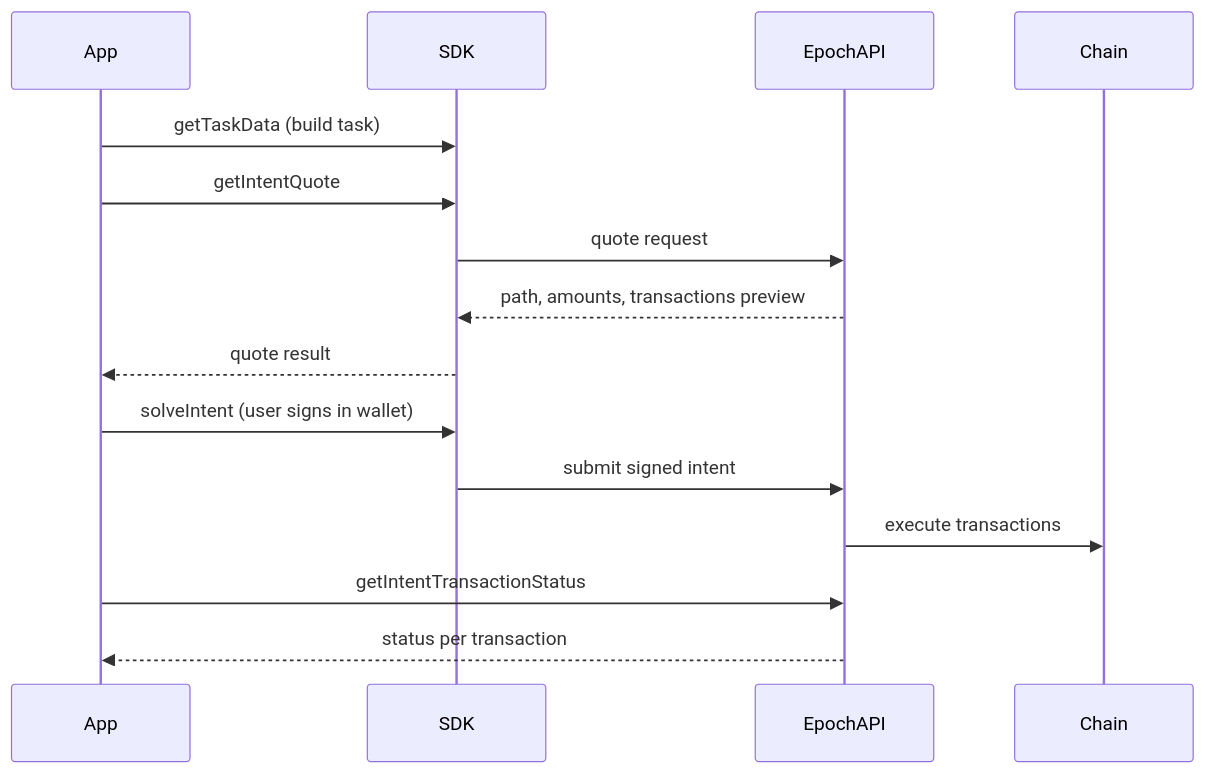
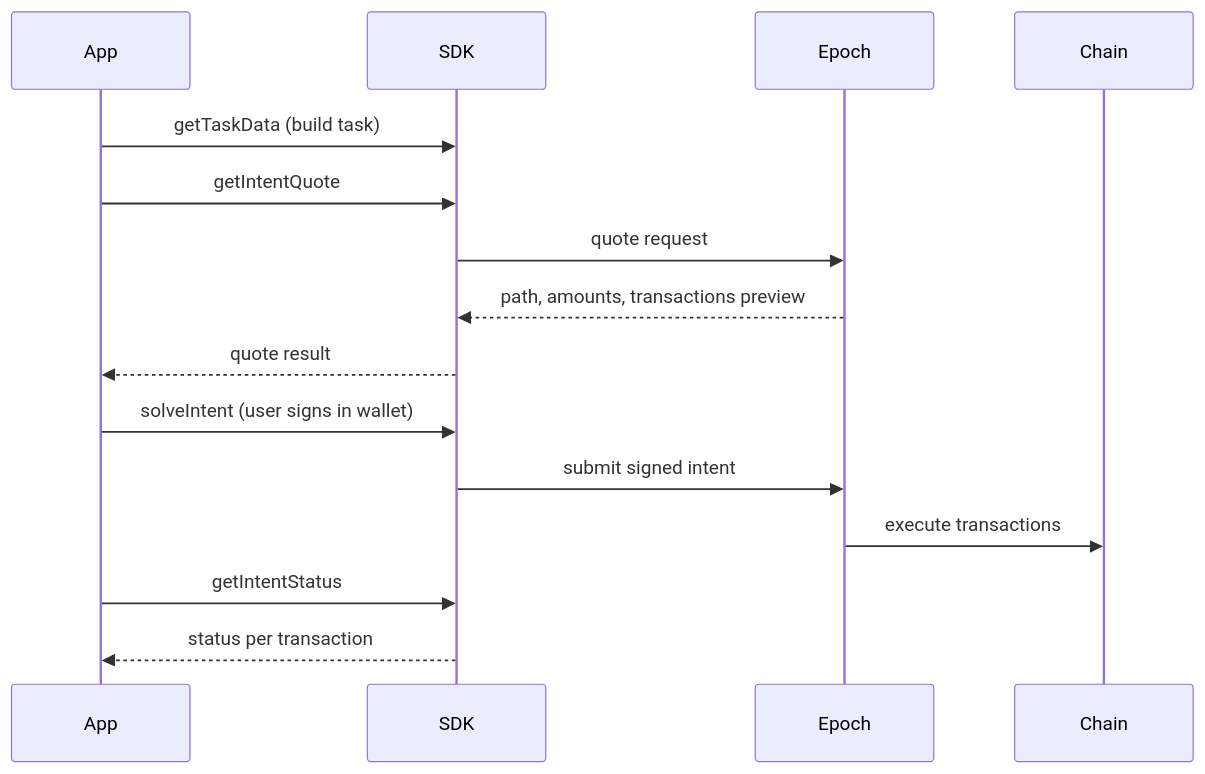
One commit to epochprotocol/docs-new changed the diagram in 02-core-concepts.md. Above: the diagram before and after it, drawn with Mermaid. The commit also changed other lines of this file and 23 other files, not shown here.

First line of the commit message:
Overhaul docs: SDK-only integration path and migrated content.

````diff
--- a/02-core-concepts.md
+++ b/02-core-concepts.md
@@ -24,18 +24,18 @@
 ```mermaid
 sequenceDiagram
   participant App
   participant SDK
-  participant EpochAPI
+  participant Epoch
   participant Chain
 
   App->>SDK: getTaskData (build task)
   App->>SDK: getIntentQuote
-  SDK->>EpochAPI: quote request
-  EpochAPI-->>SDK: path, amounts, transactions preview
+  SDK->>Epoch: quote request
+  Epoch-->>SDK: path, amounts, transactions preview
   SDK-->>App: quote result
   App->>SDK: solveIntent (user signs in wallet)
-  SDK->>EpochAPI: submit signed intent
-  EpochAPI->>Chain: execute transactions
-  App->>EpochAPI: getIntentTransactionStatus
-  EpochAPI-->>App: status per transaction
+  SDK->>Epoch: submit signed intent
+  Epoch->>Chain: execute transactions
+  App->>SDK: getIntentStatus
+  SDK-->>App: status per transaction
 ```
````
